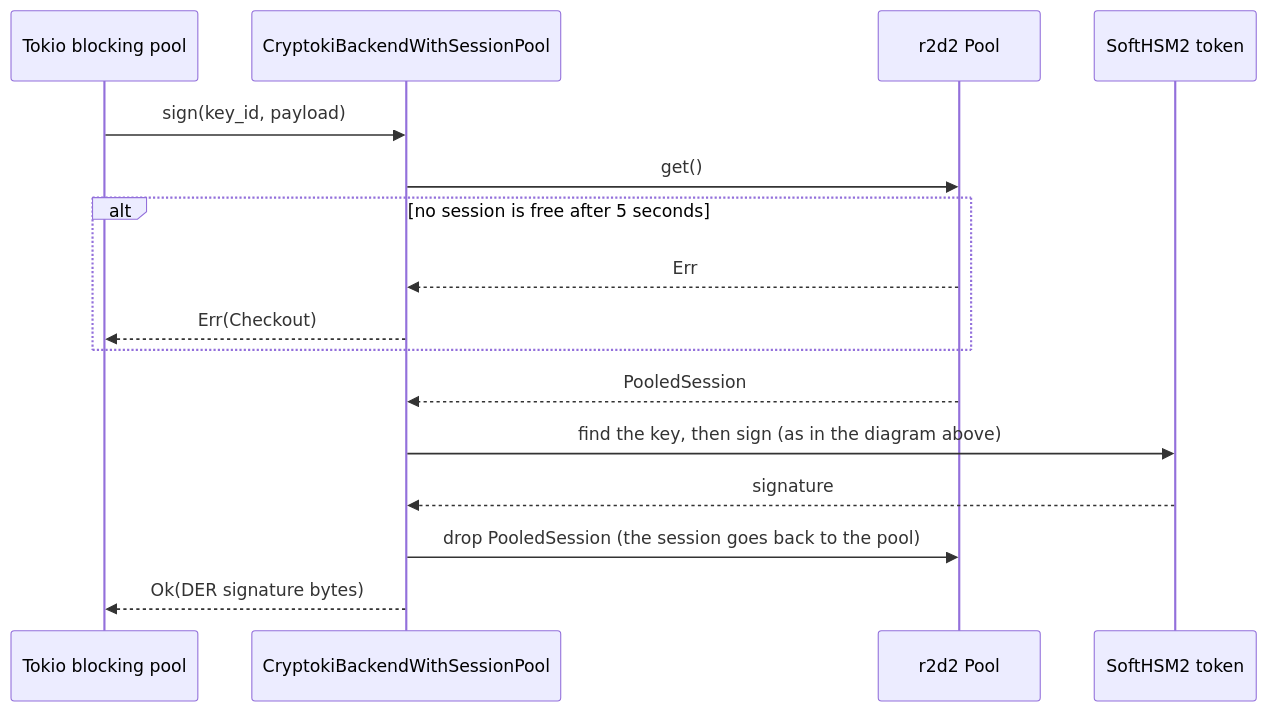
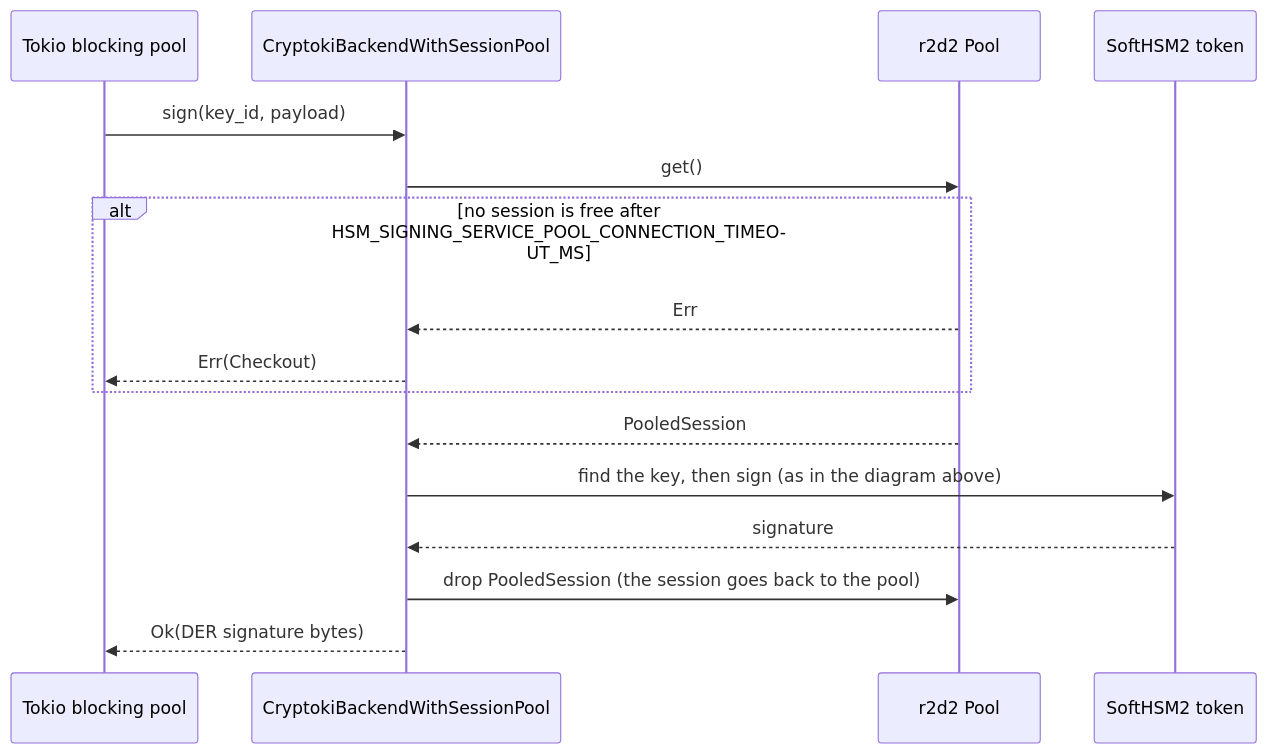
Before and after one commit to aisrael/hsm-signing-service: the third of 3 diagrams in docs/call_flow.md, drawn with Mermaid. The commit also changed other lines of this file and 1 other file, not shown here.

Commit message:
504 on timeout

````diff
--- a/docs/call_flow.md
+++ b/docs/call_flow.md
@@ -115,19 +134,19 @@
 ```mermaid
 sequenceDiagram
     participant Pool as Tokio blocking pool
     participant Backend as CryptokiBackendWithSessionPool
     participant R2d2 as r2d2 Pool
     participant HSM as SoftHSM2 token
 
     Pool->>Backend: sign(key_id, payload)
     Backend->>R2d2: get()
-    alt no session is free after 5 seconds
+    alt no session is free after HSM_SIGNING_SERVICE_POOL_CONNECTION_TIMEOUT_MS
         R2d2-->>Backend: Err
         Backend-->>Pool: Err(Checkout)
     end
     R2d2-->>Backend: PooledSession
     Backend->>HSM: find the key, then sign (as in the diagram above)
     HSM-->>Backend: signature
     Backend->>R2d2: drop PooledSession (the session goes back to the pool)
     Backend-->>Pool: Ok(DER signature bytes)
 ```
````
